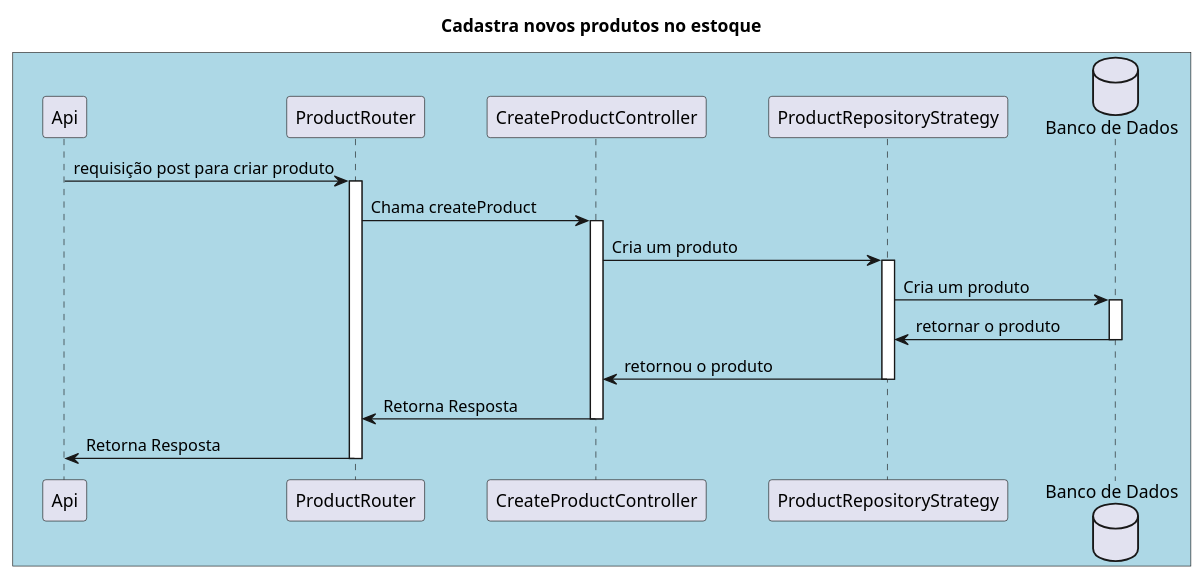
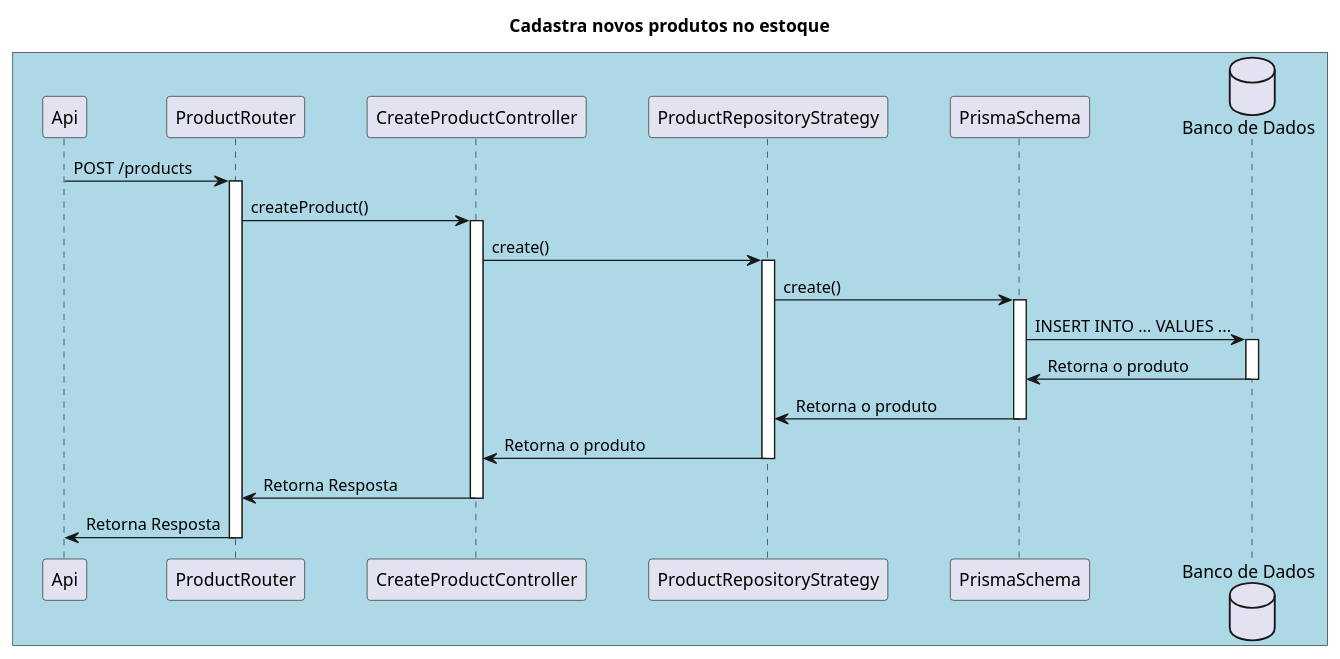
The diagram in docs/sequencia/cadastra-produtos.puml (vaniacourses/projeto-software-robson-caetano), drawn with PlantUML before and after one commit. The commit also changed other lines of this file, not shown here.

Commit message:
docs: atualiza diagrama de cadastro de produtos

```diff
--- a/docs/sequencia/cadastra-produtos.puml
+++ b/docs/sequencia/cadastra-produtos.puml
@@ -1,32 +2,37 @@
 @startuml
 skinparam participantPadding 20
 skinparam boxPadding 10
 
 title "Cadastra novos produtos no estoque" 
 
 box #LightBlue
 
 participant "Api" as A
 participant "ProductRouter" as R
 participant "CreateProductController" as C
 participant "ProductRepositoryStrategy" as PRP
+participant "PrismaSchema" as PS
 database "Banco de Dados" as DB
 
-A -> R: requisição post para criar produto
+A -> R: POST /products
 activate R
-R -> C: Chama createProduct
+R -> C: createProduct()
 activate C
-C -> PRP: Cria um produto
+C -> PRP: create()
 activate PRP
-PRP -> DB: Cria um produto
+PRP -> PS: create()
+activate PS
+PS -> DB: INSERT INTO ... VALUES ...
 activate DB
-DB -> PRP: retornar o produto
+DB -> PS: Retorna o produto
 deactivate DB
-PRP -> C: retornou o produto
+PS -> PRP: Retorna o produto
+deactivate PS
+PRP -> C: Retorna o produto
 deactivate PRP
 C -> R: Retorna Resposta
 deactivate C
 R -> A: Retorna Resposta
 deactivate R
 
 @enduml
```
